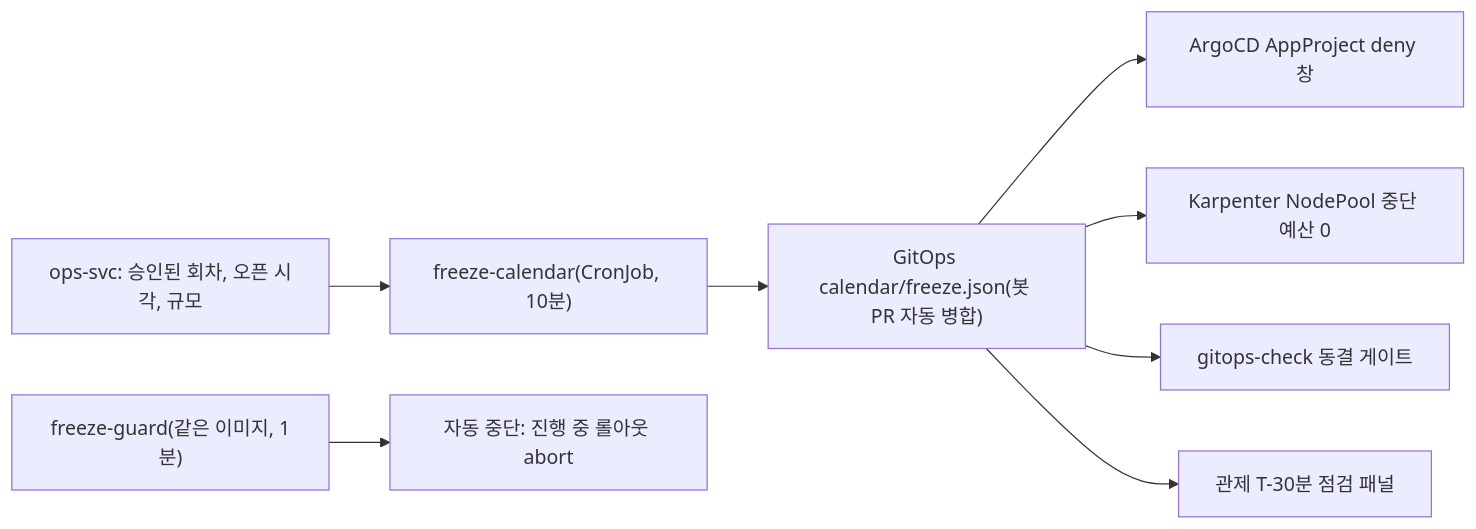
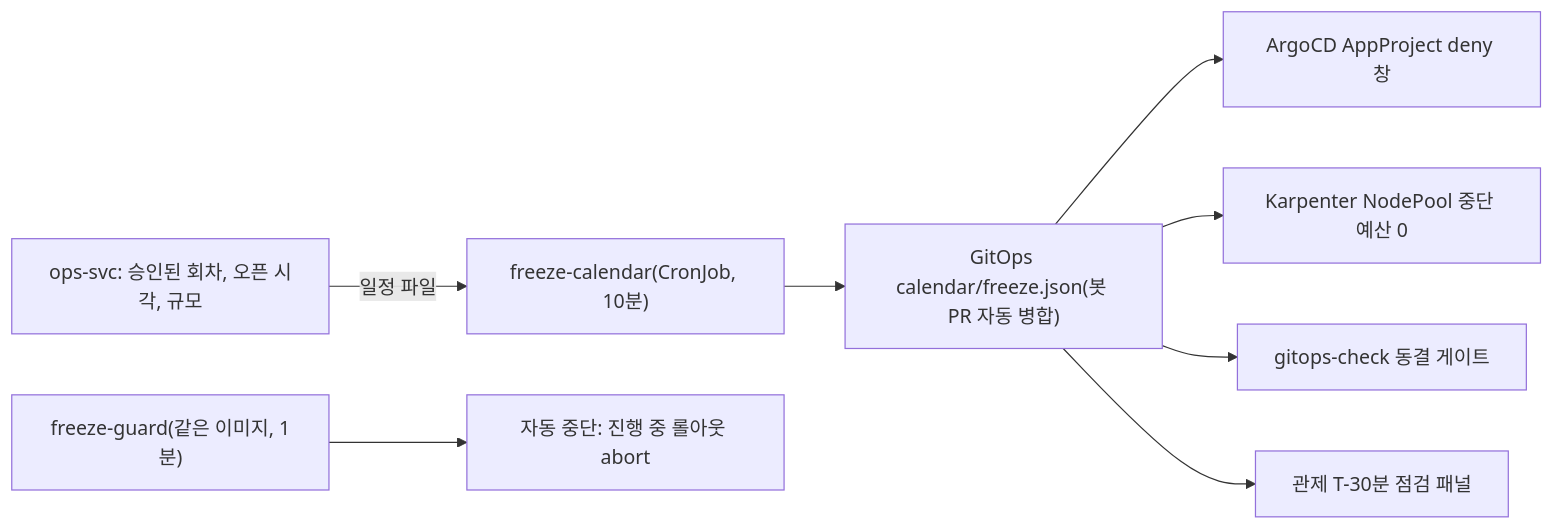
One commit to peaket/peaket changed the third of 3 diagrams in docs/devops.md. Above: the diagram before and after it, drawn with Mermaid. The commit also changed other lines of this file and 101 other files, not shown here.

````diff
--- a/docs/devops.md
+++ b/docs/devops.md
@@ -582,10 +585,10 @@
 ```mermaid
 flowchart LR
-    OPS["ops-svc: 승인된 회차, 오픈 시각, 규모"] --> FC["freeze-calendar(CronJob, 10분)"]
+    OPS["ops-svc: 승인된 회차, 오픈 시각, 규모"] -->|"일정 파일"| FC["freeze-calendar(CronJob, 10분)"]
     FC --> FILE["GitOps calendar/freeze.json(봇 PR 자동 병합)"]
     FILE --> AW["ArgoCD AppProject deny 창"]
     FILE --> KB["Karpenter NodePool 중단 예산 0"]
     FILE --> GATE["gitops-check 동결 게이트"]
     FILE --> CT["관제 T-30분 점검 패널"]
     FG["freeze-guard(같은 이미지, 1분)"] --> ABORT["자동 중단: 진행 중 롤아웃 abort"]
 ```
````
